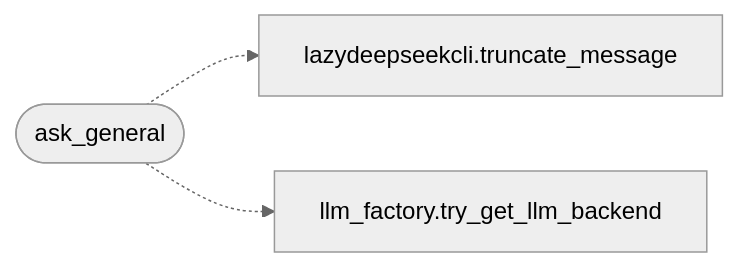
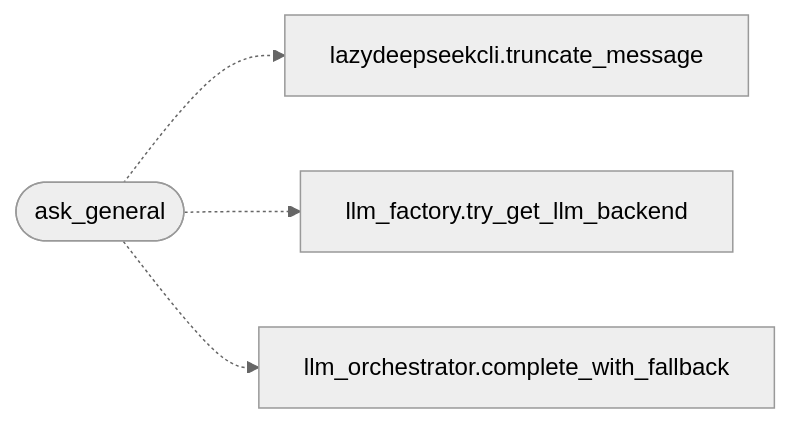
Before and after one commit to grisuno/LazyOwn: the diagram in readmenator-apidocs/modules/modules.llm_adapter.py.md, drawn with Mermaid (neutral theme). The commit also changed other lines of this file and 424 other files, not shown here.

````diff
--- a/readmenator-apidocs/modules/modules.llm_adapter.py.md
+++ b/readmenator-apidocs/modules/modules.llm_adapter.py.md
@@ -35,8 +35,10 @@
 ```mermaid
 flowchart LR
     n_modules_llm_adapter_py__ask_general(["ask_general"])
     n_contrib_legacy_lazydeepseekcli_py__truncate_message["lazydeepseekcli.truncate_message"]
     n_modules_llm_factory_py__try_get_llm_backend["llm_factory.try_get_llm_backend"]
+    n_modules_llm_orchestrator_py__complete_with_fallback["llm_orchestrator.complete_with_fallback"]
     n_modules_llm_adapter_py__ask_general -.-> n_contrib_legacy_lazydeepseekcli_py__truncate_message
     n_modules_llm_adapter_py__ask_general -.-> n_modules_llm_factory_py__try_get_llm_backend
+    n_modules_llm_adapter_py__ask_general -.-> n_modules_llm_orchestrator_py__complete_with_fallback
 ```
````
